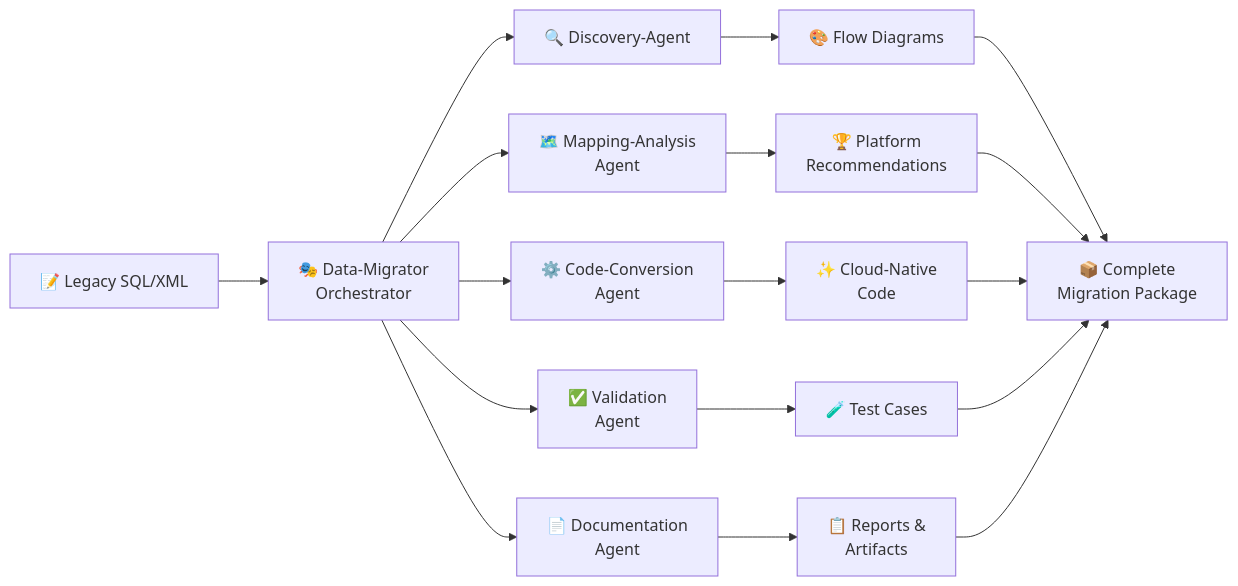
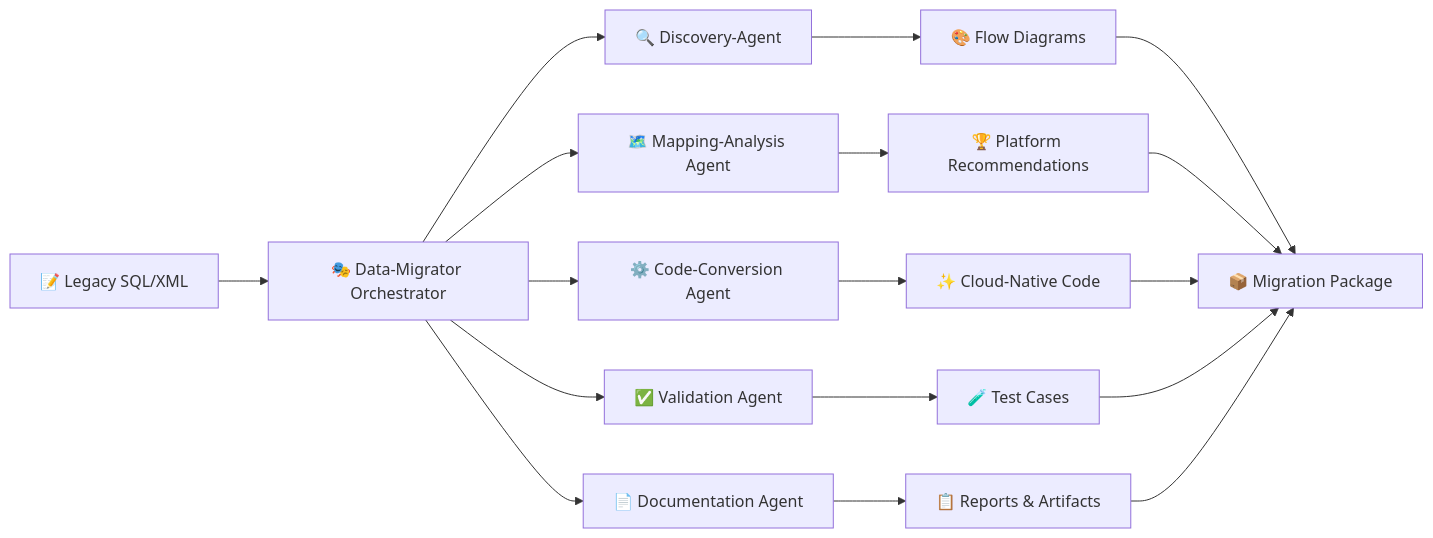
Before and after one commit to ROM3107/ENTERPRISE-DATA-MIGR-AGENT: the first of 2 diagrams in README.md, drawn with Mermaid. The commit also changed other lines of this file, not shown here.

````diff
--- a/README.md
+++ b/README.md
@@ -56,22 +56,22 @@
 ```mermaid
 graph LR
-    Input["📝 Legacy SQL/XML"] --> Orchestrator["🎭 Data-Migrator<br/>Orchestrator"]
+    Input["📝 Legacy SQL/XML"] --> Orchestrator["🎭 Data-Migrator Orchestrator"]
     
     Orchestrator --> Discovery["🔍 Discovery-Agent"]
-    Orchestrator --> Mapping["🗺️ Mapping-Analysis<br/>Agent"]
-    Orchestrator --> Conversion["⚙️ Code-Conversion<br/>Agent"]
-    Orchestrator --> Validation["✅ Validation<br/>Agent"]
-    Orchestrator --> Documentation["📄 Documentation<br/>Agent"]
+    Orchestrator --> Mapping["🗺️ Mapping-Analysis Agent"]
+    Orchestrator --> Conversion["⚙️ Code-Conversion Agent"]
+    Orchestrator --> Validation["✅ Validation Agent"]
+    Orchestrator --> Documentation["📄 Documentation Agent"]
     
     Discovery --> Output1["🎨 Flow Diagrams"]
-    Mapping --> Output2["🏆 Platform<br/>Recommendations"]
-    Conversion --> Output3["✨ Cloud-Native<br/>Code"]
+    Mapping --> Output2["🏆 Platform Recommendations"]
+    Conversion --> Output3["✨ Cloud-Native Code"]
     Validation --> Output4["🧪 Test Cases"]
-    Documentation --> Output5["📋 Reports &<br/>Artifacts"]
+    Documentation --> Output5["📋 Reports & Artifacts"]
     
-    Output1 --> Deliverables["📦 Complete<br/>Migration Package"]
+    Output1 --> Deliverables["📦 Migration Package"]
     Output2 --> Deliverables
     Output3 --> Deliverables
     Output4 --> Deliverables
     Output5 --> Deliverables
 ```
````
